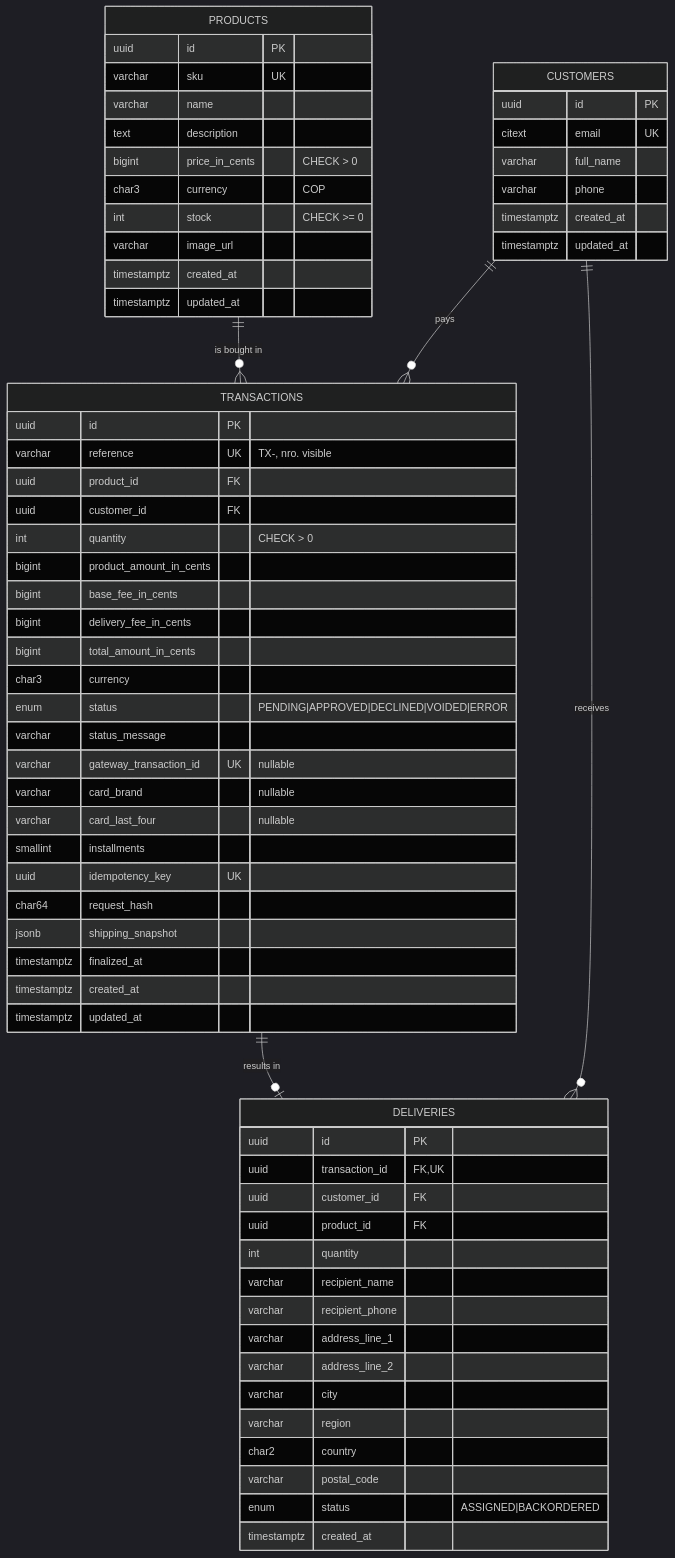
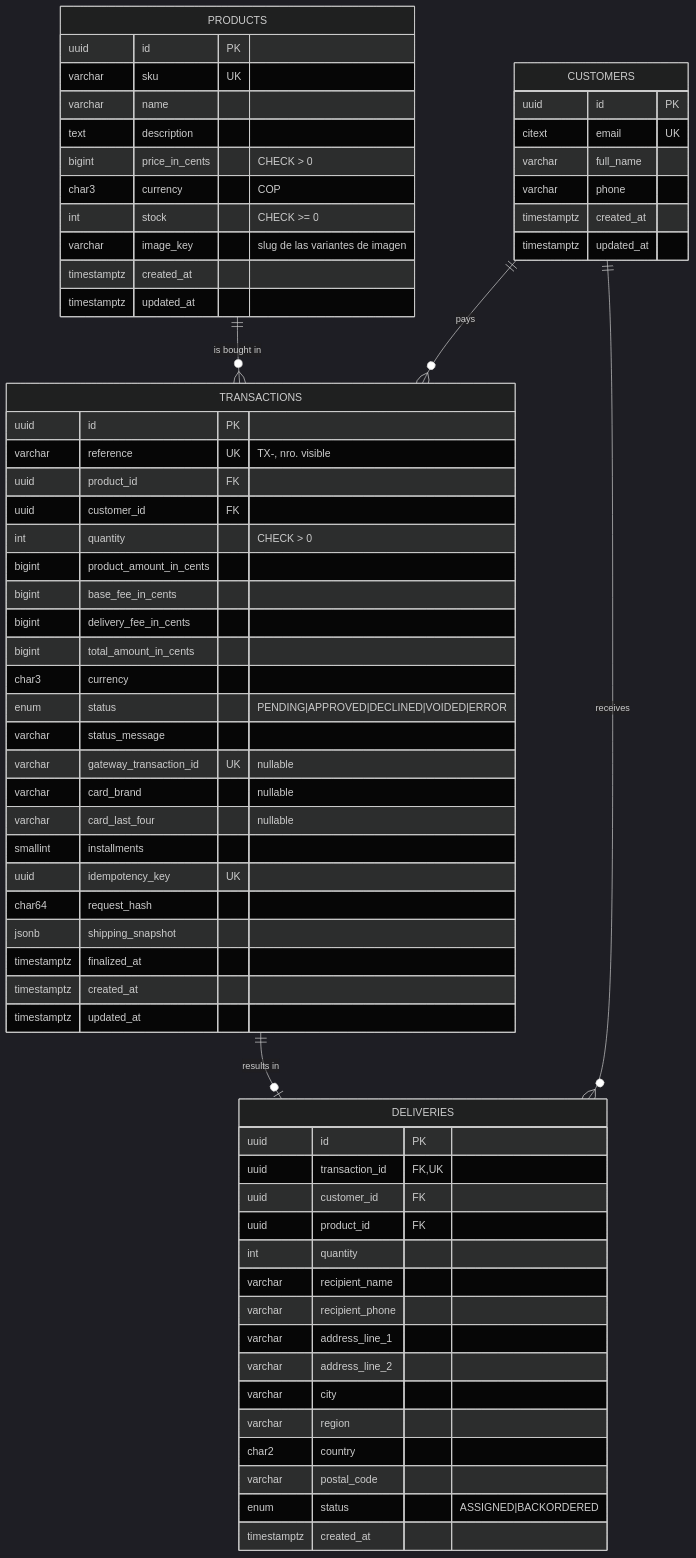
Before and after one commit to sosoriogomez/PaymentFullStack: the first of 3 diagrams in docs/specs/spec-backend.md, drawn with Mermaid (dark theme). The commit also changed other lines of this file and 4 other files, not shown here.

````diff
--- a/docs/specs/spec-backend.md
+++ b/docs/specs/spec-backend.md
@@ -195,68 +208,68 @@
 ```mermaid
 erDiagram
   PRODUCTS ||--o{ TRANSACTIONS : "is bought in"
   CUSTOMERS ||--o{ TRANSACTIONS : "pays"
   TRANSACTIONS ||--o| DELIVERIES : "results in"
   CUSTOMERS ||--o{ DELIVERIES : "receives"
   PRODUCTS {
     uuid id PK
     varchar sku UK
     varchar name
     text description
     bigint price_in_cents "CHECK > 0"
     char3 currency "COP"
     int stock "CHECK >= 0"
-    varchar image_url
+    varchar image_key "slug de las variantes de imagen"
     timestamptz created_at
     timestamptz updated_at
   }
   CUSTOMERS {
     uuid id PK
     citext email UK
     varchar full_name
     varchar phone
     timestamptz created_at
     timestamptz updated_at
   }
   TRANSACTIONS {
     uuid id PK
     varchar reference UK "TX-<ULID>, nro. visible"
     uuid product_id FK
     uuid customer_id FK
     int quantity "CHECK > 0"
     bigint product_amount_in_cents
     bigint base_fee_in_cents
     bigint delivery_fee_in_cents
     bigint total_amount_in_cents
     char3 currency
     enum status "PENDING|APPROVED|DECLINED|VOIDED|ERROR"
     varchar status_message
     varchar gateway_transaction_id UK "nullable"
     varchar card_brand "nullable"
     varchar card_last_four "nullable"
     smallint installments
     uuid idempotency_key UK
     char64 request_hash
     jsonb shipping_snapshot
     timestamptz finalized_at
     timestamptz created_at
     timestamptz updated_at
   }
   DELIVERIES {
     uuid id PK
     uuid transaction_id FK, UK
     uuid customer_id FK
     uuid product_id FK
     int quantity
     varchar recipient_name
     varchar recipient_phone
     varchar address_line_1
     varchar address_line_2
     varchar city
     varchar region
     char2 country
     varchar postal_code
     enum status "ASSIGNED|BACKORDERED"
     timestamptz created_at
   }
 ```
````
